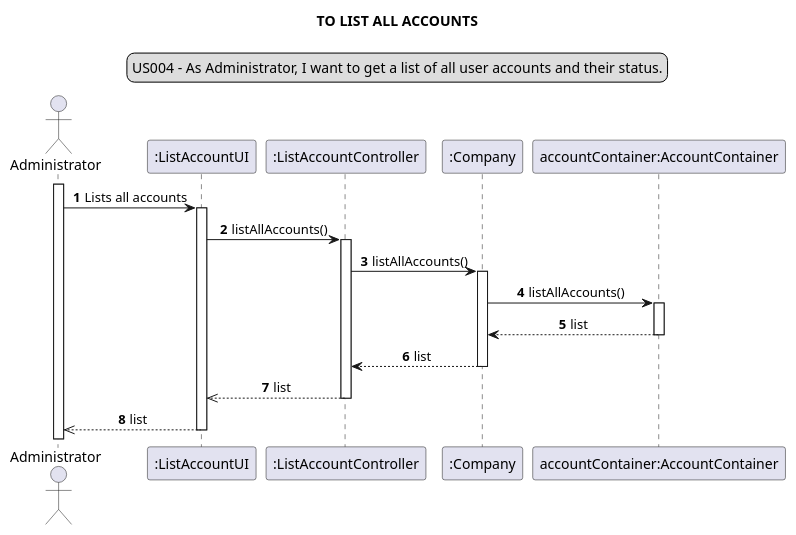
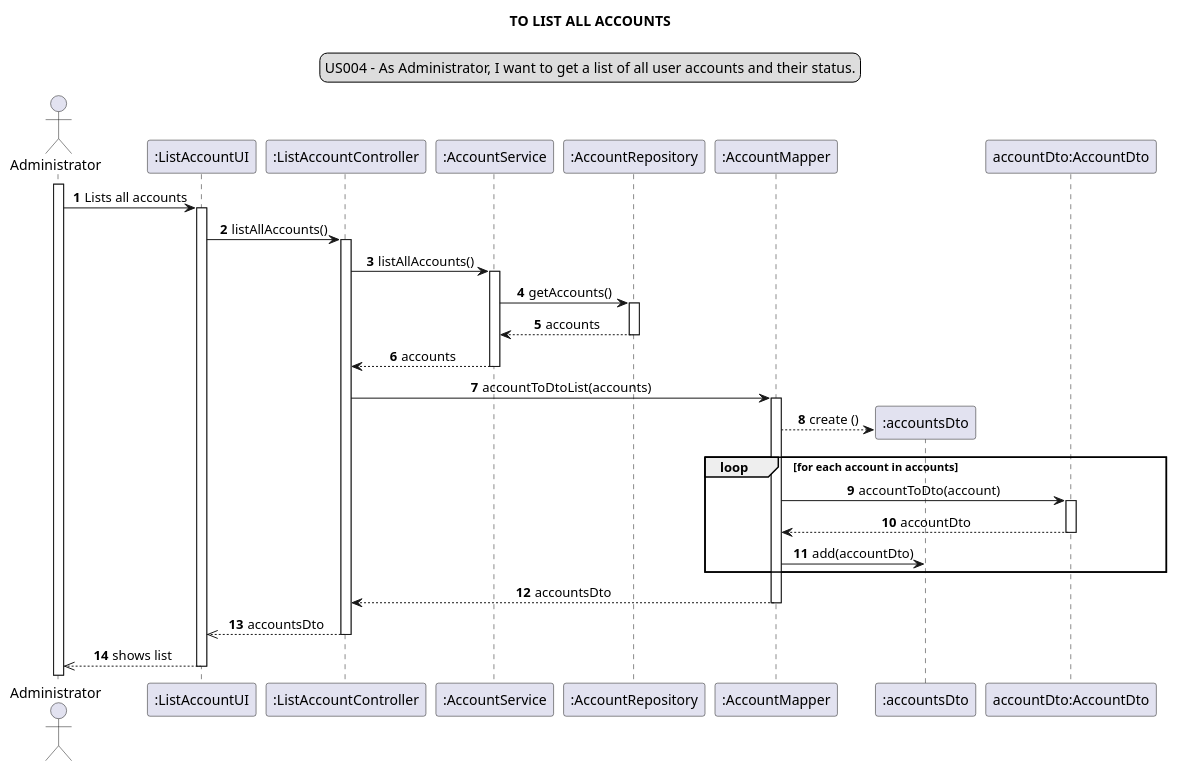
One commit to Loracline/project_switch_22-23 changed the diagram in docs/modelling_design/user_stories/sprint01/us004/US004_sequenceDiagram.puml. Above: the diagram before and after it, drawn with PlantUML. The commit also changed 3 other files, not shown here.

Commit message:
US04: design: update class diagram and sequence diagram, closes #365

```diff
--- a/docs/modelling_design/user_stories/sprint01/us004/US004_sequenceDiagram.puml
+++ b/docs/modelling_design/user_stories/sprint01/us004/US004_sequenceDiagram.puml
@@ -1,32 +1,53 @@
 @startuml
 skinparam sequenceMessageAlign center
 title TO LIST ALL ACCOUNTS
 legend top
 US004 - As Administrator, I want to get a list of all user accounts and their status.
 end legend
 autonumber
 actor Administrator
 participant ":ListAccountUI" as ui
 participant ":ListAccountController" as controller
-participant ":Company" as company
-participant "accountContainer:AccountContainer" as container
+participant ":AccountService" as Aservice
+participant ":AccountRepository" as rep
+participant ":AccountMapper" as map
+participant ":accountsDto" as accountsDto
+participant ":accountsDto" as accountsDto
+participant "accountDto:AccountDto" as accountDto
 
 activate Administrator
 Administrator -> ui: Lists all accounts
 activate ui
 ui -> controller: listAllAccounts()
 activate controller
-controller -> company: listAllAccounts()
-activate company
-company -> container: listAllAccounts()
-activate container
-container --> company: list
-deactivate container
-company --> controller: list
-deactivate company
-controller -->> ui: list
+controller -> Aservice: listAllAccounts()
+activate Aservice
+Aservice -> rep: getAccounts()
+activate rep
+rep --> Aservice: accounts
+deactivate rep
+Aservice --> controller: accounts
+deactivate Aservice
+controller -> map : accountToDtoList(accounts)
+create "accountsDto"
+activate map
+map --> accountsDto: create ()
+
+loop for each account in accounts
+map -> accountDto:  accountToDto(account)
+activate accountDto
+accountDto --> map : accountDto
+deactivate accountDto
+map -> accountsDto: add(accountDto)
+end loop
+
+map --> controller : accountsDto
+deactivate map
+
+deactivate Aservice
+controller -->> ui: accountsDto
 deactivate controller
-ui -->>Administrator: list
+ui -->>Administrator: shows list
 deactivate ui
 
 @enduml
```
